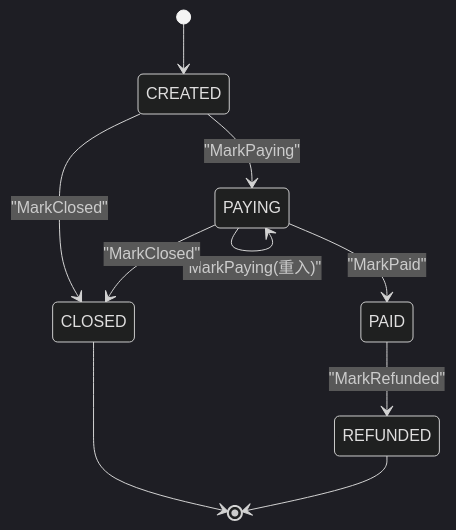
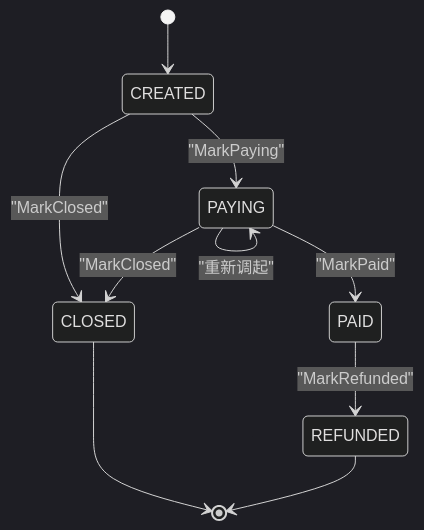
The eighth of 9 diagrams in .qoder/repowiki/zh/content/架构设计/架构设计.md (gbtdesign/payment), drawn with Mermaid (dark theme) before and after one commit. The commit also changed other lines of this file and 107 other files, not shown here.

````diff
--- a/.qoder/repowiki/zh/content/架构设计/架构设计.md
+++ b/.qoder/repowiki/zh/content/架构设计/架构设计.md
@@ -335,12 +314,12 @@
 ```mermaid
 stateDiagram-v2
 [*] --> CREATED
 CREATED --> PAYING : "MarkPaying"
 CREATED --> CLOSED : "MarkClosed"
-PAYING --> PAYING : "MarkPaying(重入)"
+PAYING --> PAYING : "重新调起"
 PAYING --> PAID : "MarkPaid"
 PAYING --> CLOSED : "MarkClosed"
 PAID --> REFUNDED : "MarkRefunded"
 CLOSED --> [*]
 REFUNDED --> [*]
 ```
````
